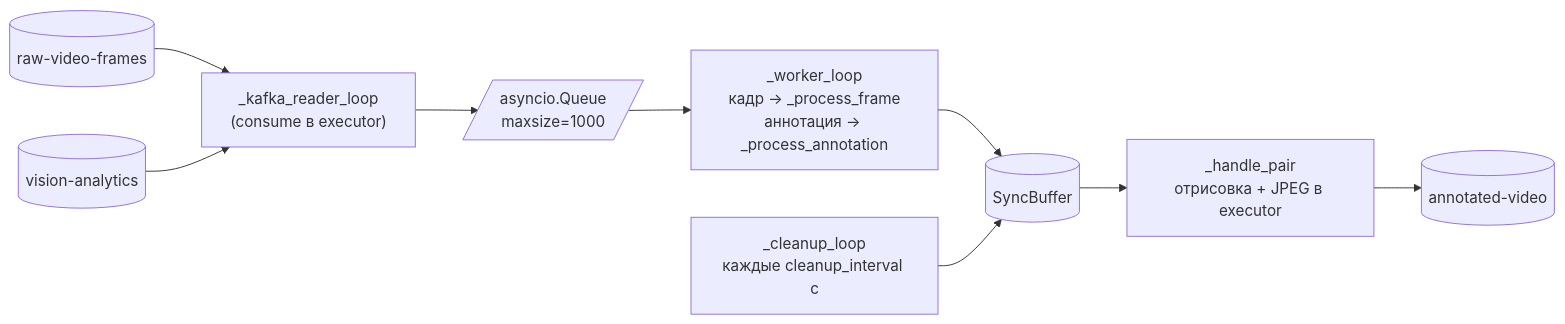
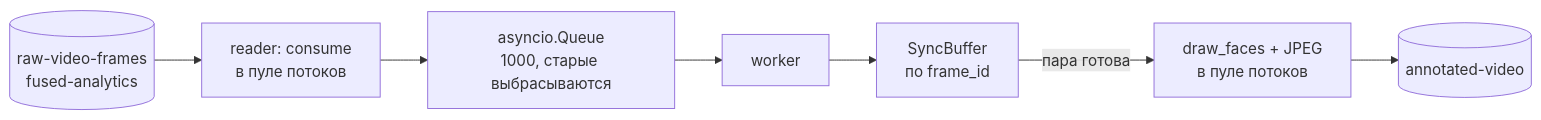
One commit to listussr/facial-emotion-analyzer changed the diagram in docs/modules/video_annotating.md. Above: the diagram before and after it, drawn with Mermaid. The commit also changed other lines of this file and 107 other files, not shown here.

````diff
--- a/docs/modules/video_annotating.md
+++ b/docs/modules/video_annotating.md
@@ -72,11 +33,9 @@
 ```mermaid
 flowchart LR
-    K1[(raw-video-frames)] --> R
-    K2[(vision-analytics)] --> R
-    R["_kafka_reader_loop<br/>(consume в executor)"] --> Q[/asyncio.Queue<br/>maxsize=1000/]
-    Q --> W["_worker_loop<br/>кадр → _process_frame<br/>аннотация → _process_annotation"]
-    W --> SB[(SyncBuffer)]
-    SB --> H["_handle_pair<br/>отрисовка + JPEG в executor"]
-    H --> K3[(annotated-video)]
-    CL["_cleanup_loop<br/>каждые cleanup_interval с"] --> SB
+    K[(raw-video-frames\nfused-analytics)] --> R["reader: consume\nв пуле потоков"]
+    R --> Q["asyncio.Queue\n1000, старые выбрасываются"]
+    Q --> W["worker"]
+    W --> S["SyncBuffer\nпо frame_id"]
+    S -->|пара готова| D["draw_faces + JPEG\nв пуле потоков"]
+    D --> O[(annotated-video)]
 ```
````
